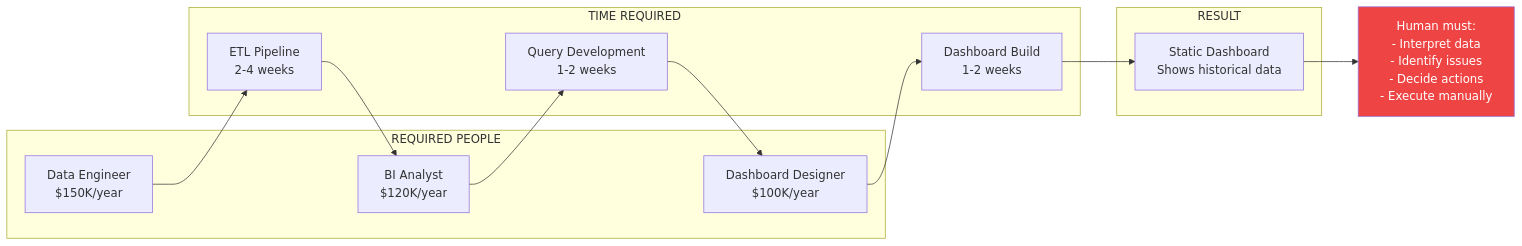
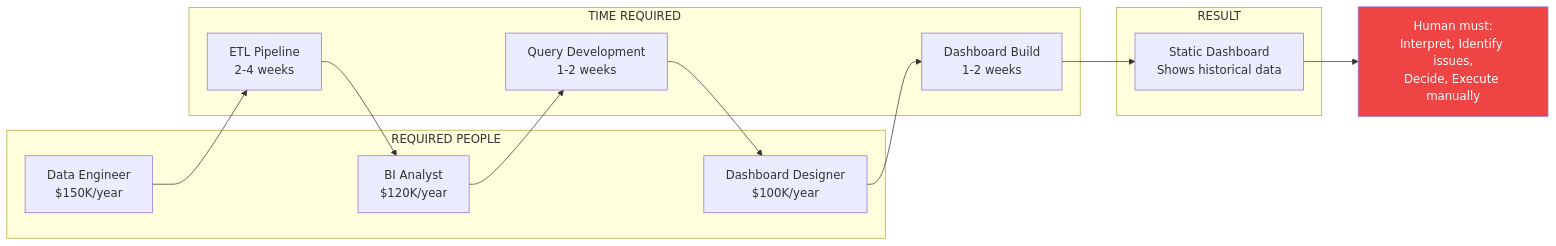
One commit to ashishsuperatom/tech-docs changed the second of 5 diagrams in introduction/comparison.mdx. Above: the diagram before and after it, drawn with Mermaid. The commit also changed other lines of this file and 115 other files, not shown here.

First line of the commit message:
Fix Mermaid diagrams and update documentation

````diff
--- a/introduction/comparison.mdx
+++ b/introduction/comparison.mdx
@@ -89,24 +89,24 @@
 ```mermaid
 flowchart LR
     subgraph PEOPLE["REQUIRED PEOPLE"]
-        P1["Data Engineer\n$150K/year"]
-        P2["BI Analyst\n$120K/year"]
-        P3["Dashboard Designer\n$100K/year"]
+        P1["Data Engineer<br>$150K/year"]
+        P2["BI Analyst<br>$120K/year"]
+        P3["Dashboard Designer<br>$100K/year"]
     end
 
     subgraph TIME["TIME REQUIRED"]
-        T1["ETL Pipeline\n2-4 weeks"]
-        T2["Query Development\n1-2 weeks"]
-        T3["Dashboard Build\n1-2 weeks"]
+        T1["ETL Pipeline<br>2-4 weeks"]
+        T2["Query Development<br>1-2 weeks"]
+        T3["Dashboard Build<br>1-2 weeks"]
     end
 
     subgraph RESULT["RESULT"]
-        R1["Static Dashboard\nShows historical data"]
+        R1["Static Dashboard<br>Shows historical data"]
     end
 
     P1 --> T1 --> P2 --> T2 --> P3 --> T3 --> R1
 
-    R1 --> HUMAN["Human must:\n- Interpret data\n- Identify issues\n- Decide actions\n- Execute manually"]
+    R1 --> HUMAN["Human must:<br>Interpret, Identify issues,<br>Decide, Execute manually"]
 
     style HUMAN fill:#ef4444,color:#fff
 ```
````
